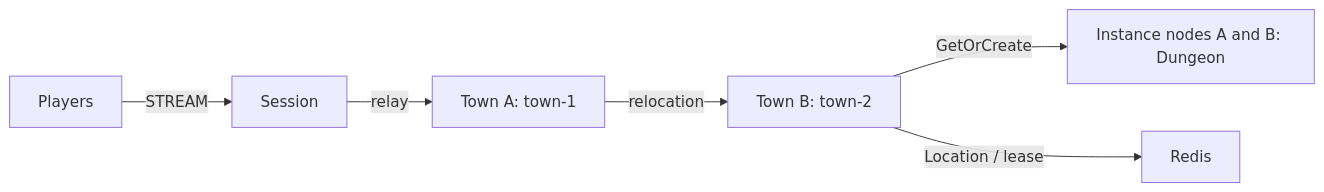
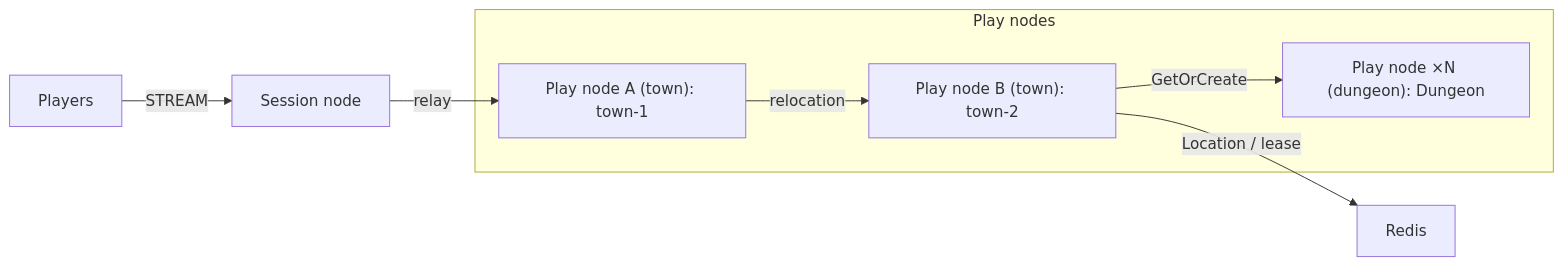
Before and after one commit to zlink-systems/zlink: the diagram in framework/languages/java/templates/kotlin/morpg-channel-town/my-game/README.md, drawn with Mermaid. The commit also changed other lines of this file and 223 other files, not shown here.

First line of the commit message:
docs(templates): 모든 템플릿의 노드 이름을 Session node · Play node · API node로 (#5350)

````diff
--- a/framework/languages/java/templates/kotlin/morpg-channel-town/my-game/README.md
+++ b/framework/languages/java/templates/kotlin/morpg-channel-town/my-game/README.md
@@ -5,8 +5,13 @@
 ```mermaid
 flowchart LR
-    players[Players] -->|STREAM| session[Session]
-    session -->|relay| townA[Town A: town-1]
-    townA -->|relocation| townB[Town B: town-2]
-    townB -->|GetOrCreate| instances[Instance nodes A and B: Dungeon]
+    subgraph playNodes["Play nodes"]
+      townA["Play node A (town): town-1"]
+      townB["Play node B (town): town-2"]
+      instances["Play node ×N (dungeon): Dungeon"]
+    end
+    players[Players] -->|STREAM| session["Session node"]
+    session -->|relay| townA
+    townA -->|relocation| townB
+    townB -->|GetOrCreate| instances
     townB -->|Location / lease| location[Redis]
 ```
````
